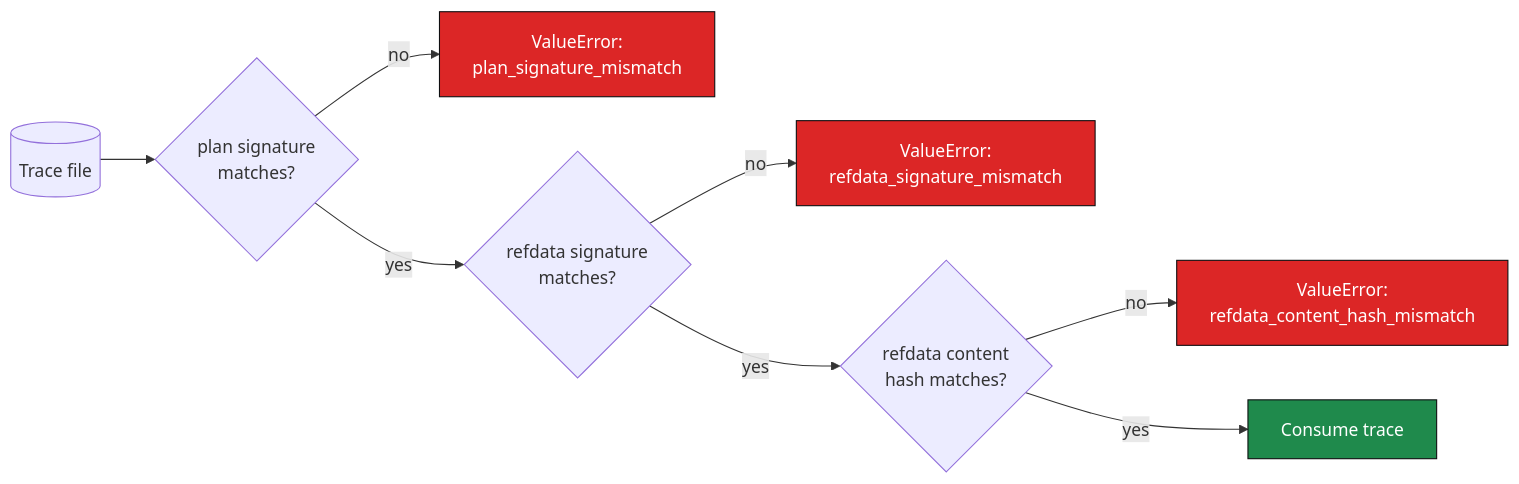
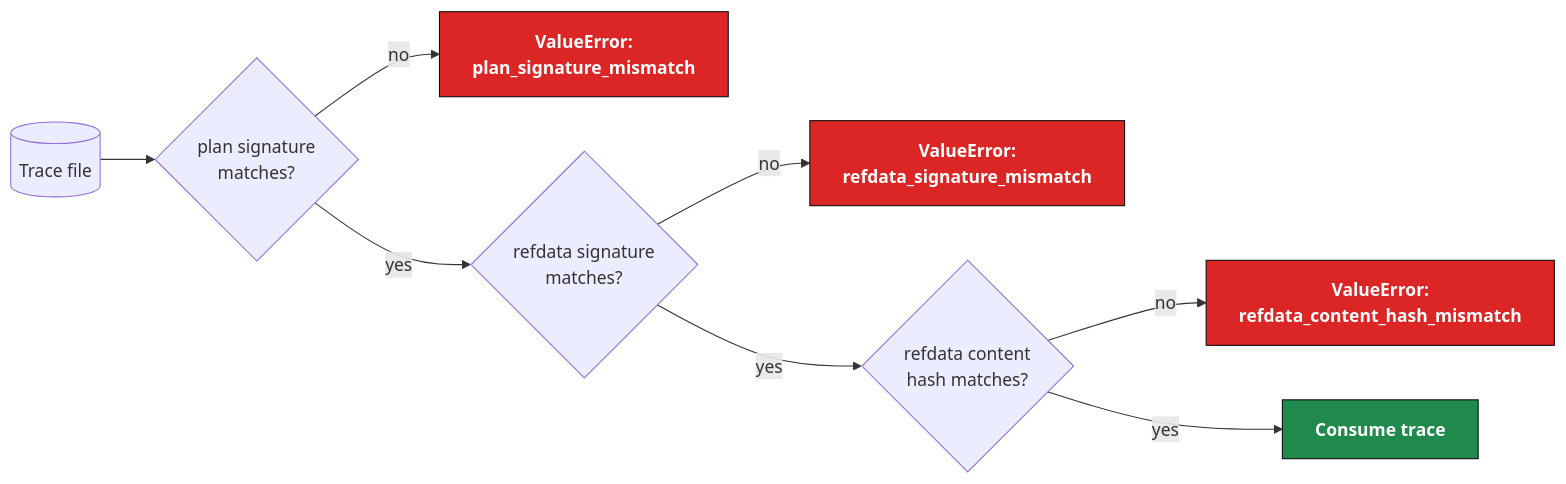
Before and after one commit to MuteJester/GenAIRR: the seventh of 9 diagrams in site_docs/architecture/index.md, drawn with Mermaid. The commit also changed other lines of this file and 1 other file, not shown here.

First line of the commit message:
mermaid: fix unreadable dark text on dark fills

````diff
--- a/site_docs/architecture/index.md
+++ b/site_docs/architecture/index.md
@@ -316,15 +334,18 @@
 ```mermaid
 flowchart LR
   Trace[(Trace file)] --> G1{plan signature<br/>matches?}
   G1 -->|no| F1[ValueError:<br/>plan_signature_mismatch]
   G1 -->|yes| G2{refdata signature<br/>matches?}
   G2 -->|no| F2[ValueError:<br/>refdata_signature_mismatch]
   G2 -->|yes| G3{refdata content<br/>hash matches?}
   G3 -->|no| F3[ValueError:<br/>refdata_content_hash_mismatch]
   G3 -->|yes| Replay[Consume trace]
 
-  style F1 fill:#dc2626,stroke:#0e0e10,color:#fff
-  style F2 fill:#dc2626,stroke:#0e0e10,color:#fff
-  style F3 fill:#dc2626,stroke:#0e0e10,color:#fff
-  style Replay fill:#1f8a4c,stroke:#0e0e10,color:#fff
+  classDef accent fill:#1f8a4c,stroke:#0e0e10,color:#ffffff,font-weight:600;
+  classDef info fill:#1d4ed8,stroke:#0e0e10,color:#ffffff,font-weight:600;
+  classDef trace fill:#6e3a8e,stroke:#0e0e10,color:#ffffff,font-weight:600;
+  classDef warn fill:#dc2626,stroke:#0e0e10,color:#ffffff,font-weight:600;
+  classDef neutral fill:#fafaf7,stroke:#0e0e10,color:#0e0e10;
+  class F1,F2,F3 warn;
+  class Replay accent;
 ```
````
